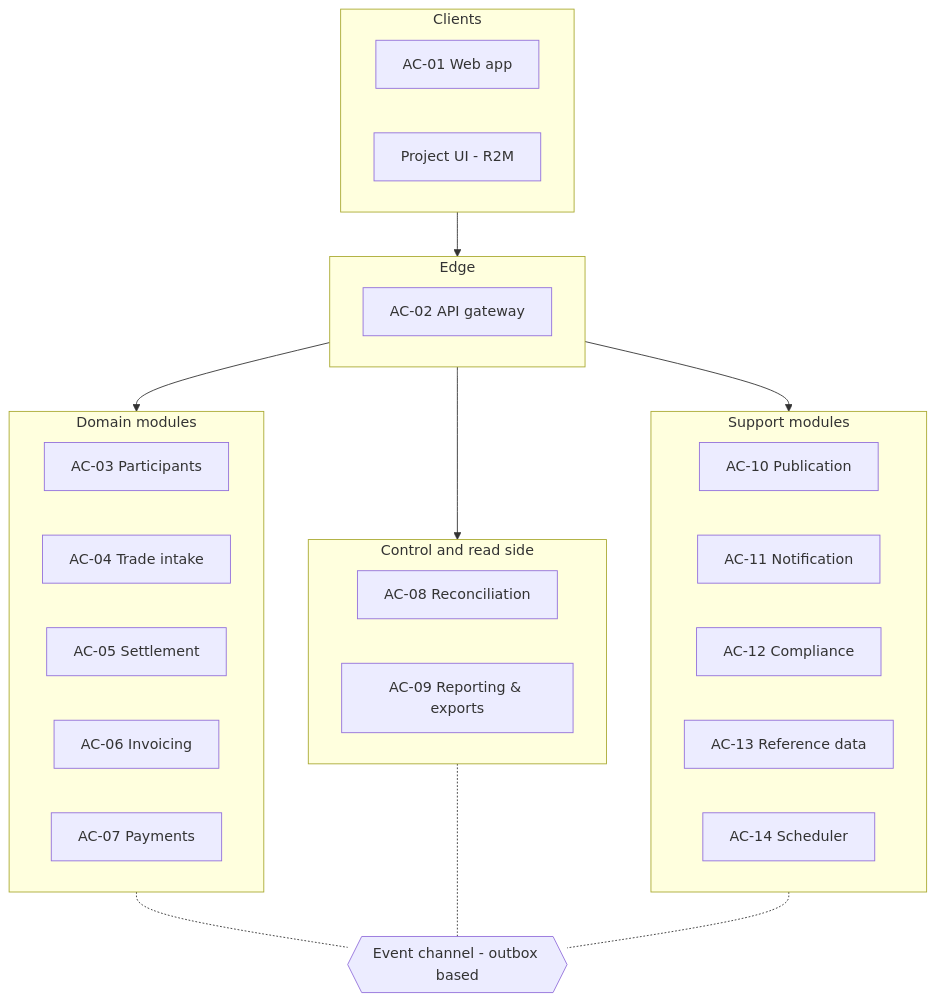
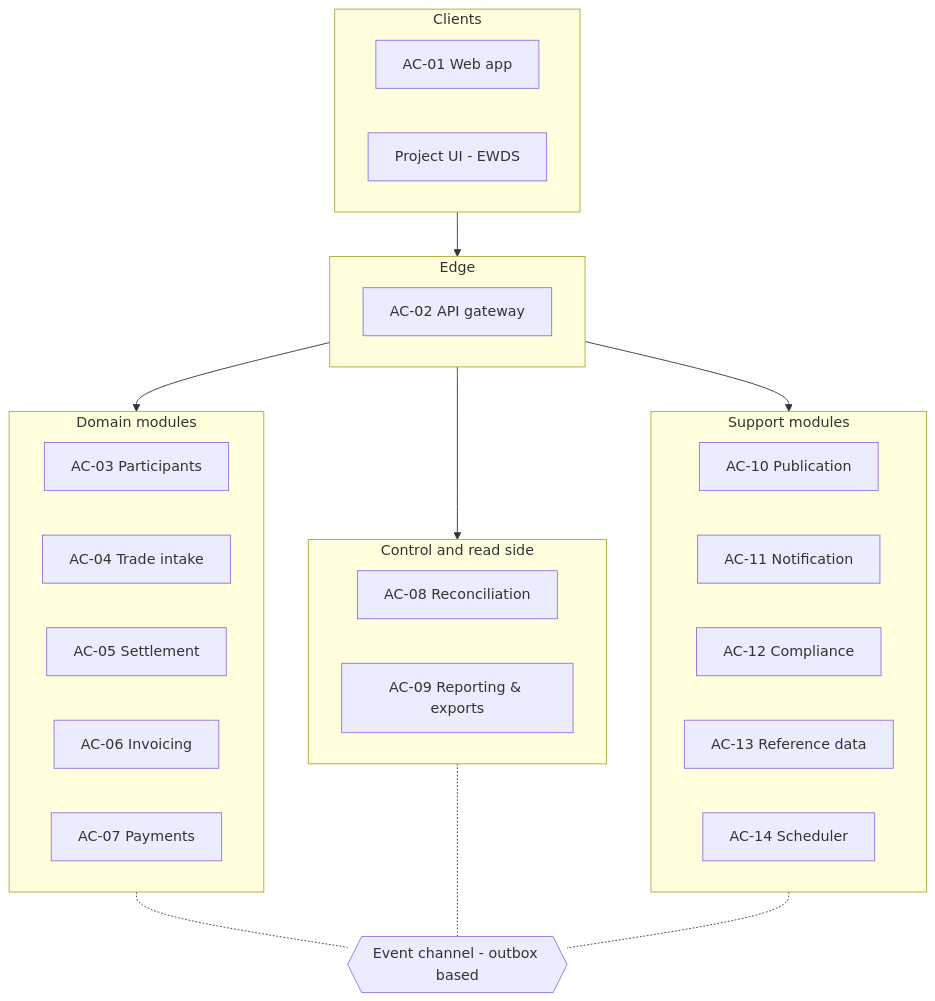
Before and after one commit to blooo-io/intelligent-eu-bps-source: the first of 7 diagrams in docs/architecture/03-application-architecture.md, drawn with Mermaid. The commit also changed other lines of this file and 96 other files, not shown here.

````diff
--- a/docs/architecture/03-application-architecture.md
+++ b/docs/architecture/03-application-architecture.md
@@ -56,36 +56,36 @@
 ```mermaid
 %% elk %%
 flowchart TB
   subgraph Clients
     WEB[AC-01 Web app]
-    RM[Project UI - R2M]
+    RM[Project UI - EWDS]
   end
   subgraph Edge
     GW[AC-02 API gateway]
   end
   subgraph Domain[Domain modules]
     PART[AC-03 Participants]
     TIN[AC-04 Trade intake]
     SET[AC-05 Settlement]
     INV[AC-06 Invoicing]
     PAY[AC-07 Payments]
   end
   subgraph Control[Control and read side]
     REC[AC-08 Reconciliation]
     RPT[AC-09 Reporting & exports]
   end
   subgraph Support[Support modules]
     PUB[AC-10 Publication]
     NOT[AC-11 Notification]
     CMP[AC-12 Compliance]
     REF[AC-13 Reference data]
     JOB[AC-14 Scheduler]
   end
   Clients --> Edge --> Domain
   Edge --> Control
   Edge --> Support
   BUS{{Event channel - outbox based}}
   Domain -.- BUS
   Control -.- BUS
   Support -.- BUS
 ```
````
